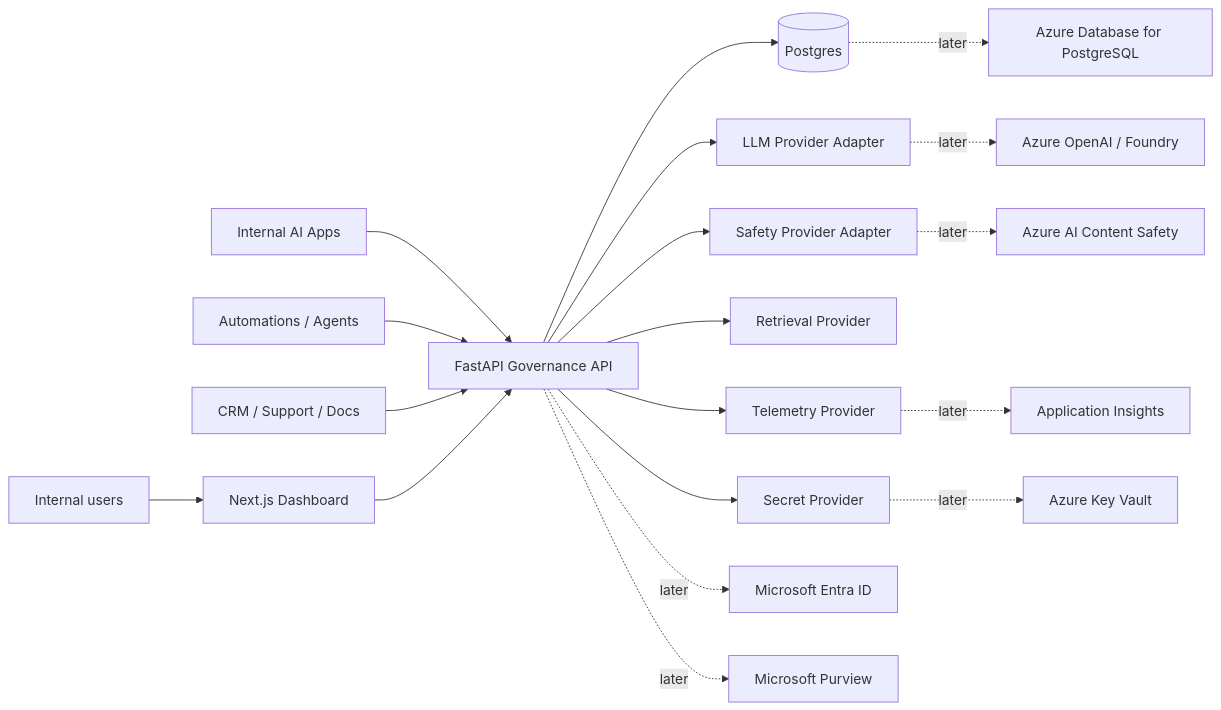
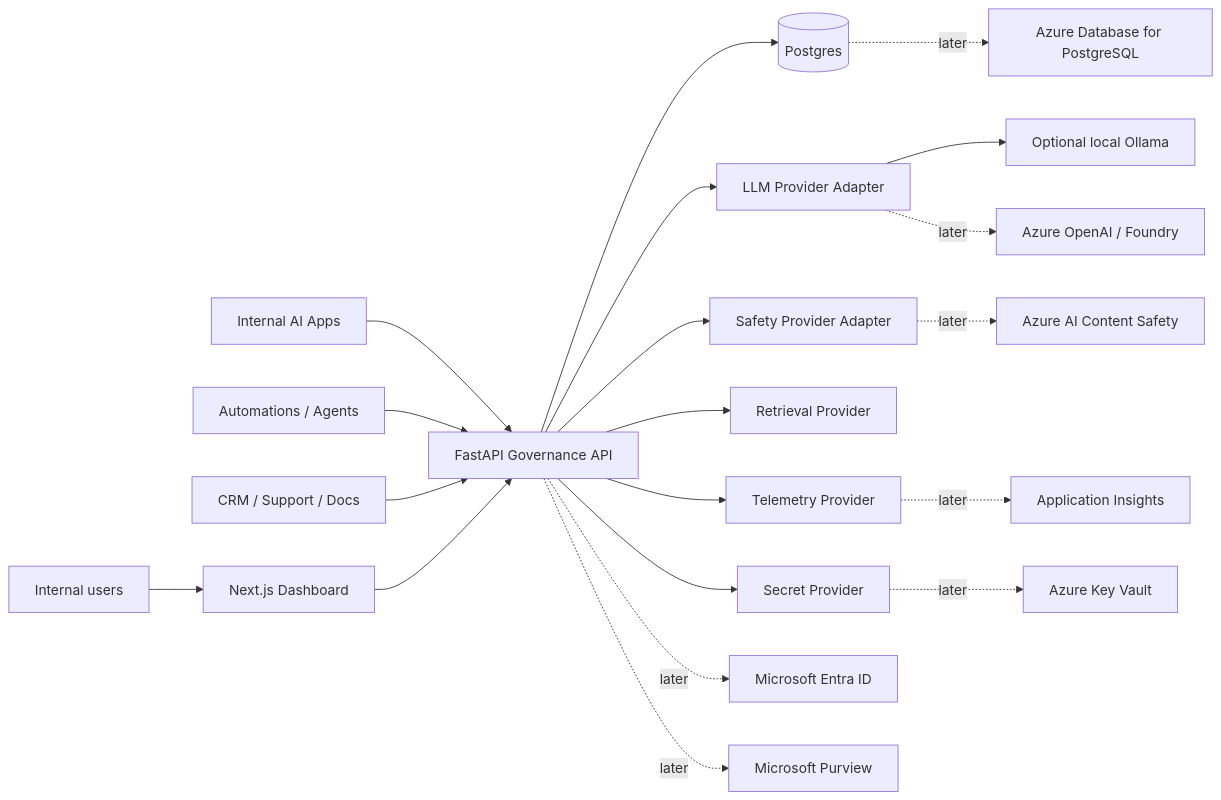
One commit to Governance-lab-ai/ai-control-tower changed the first of 5 diagrams in docs/ARCHITECTURE.md. Above: the diagram before and after it, drawn with Mermaid. The commit also changed other lines of this file and 35 other files, not shown here.

````diff
--- a/docs/ARCHITECTURE.md
+++ b/docs/ARCHITECTURE.md
@@ -40,23 +40,24 @@
 ```mermaid
 flowchart LR
   U[Internal users] --> FE[Next.js Dashboard]
   APP[Internal AI Apps] --> API[FastAPI Governance API]
   AG[Automations / Agents] --> API
   EXT[CRM / Support / Docs] --> API
 
   FE --> API
   API --> DB[(Postgres)]
   API --> LLM[LLM Provider Adapter]
   API --> SAFETY[Safety Provider Adapter]
   API --> RETRIEVAL[Retrieval Provider]
   API --> TELEMETRY[Telemetry Provider]
   API --> SECRETS[Secret Provider]
 
+  LLM --> OLLAMA[Optional local Ollama]
   LLM -.later.-> AZOAI[Azure OpenAI / Foundry]
   SAFETY -.later.-> AICS[Azure AI Content Safety]
   TELEMETRY -.later.-> APPINS[Application Insights]
   SECRETS -.later.-> KV[Azure Key Vault]
   API -.later.-> ENTRA[Microsoft Entra ID]
   DB -.later.-> AZPG[Azure Database for PostgreSQL]
   API -.later.-> PURVIEW[Microsoft Purview]
 ```
````
